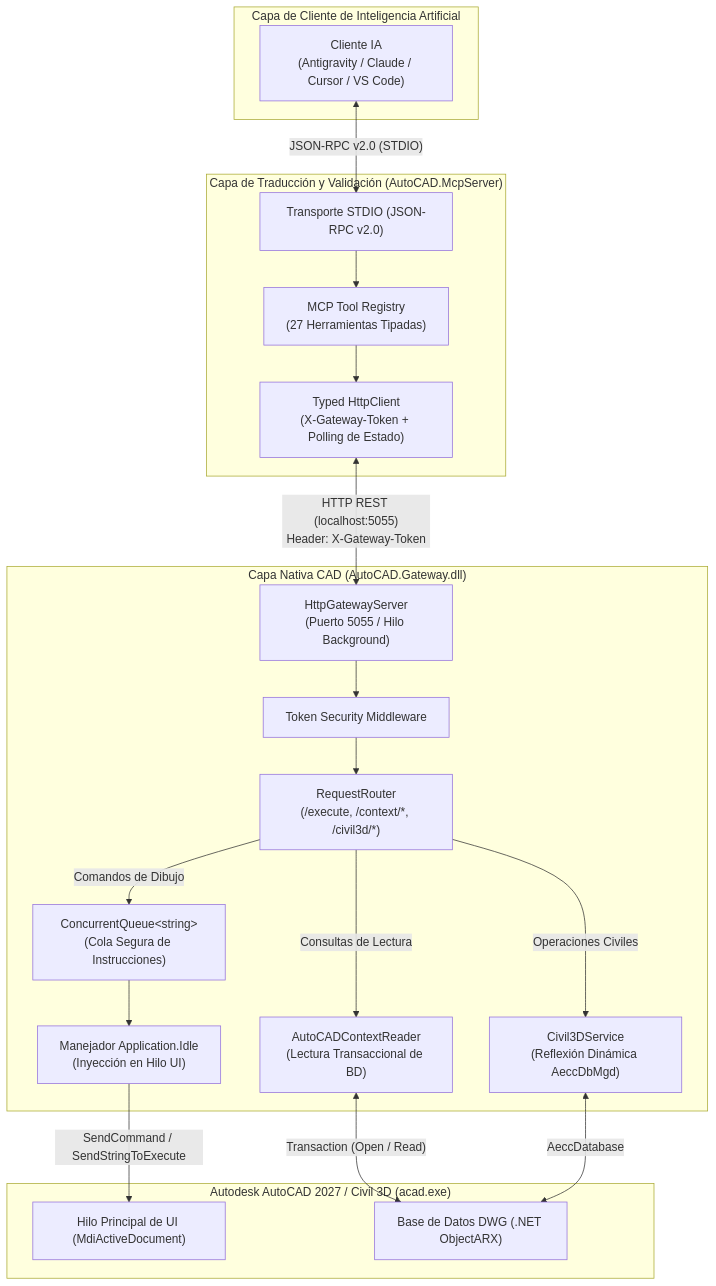
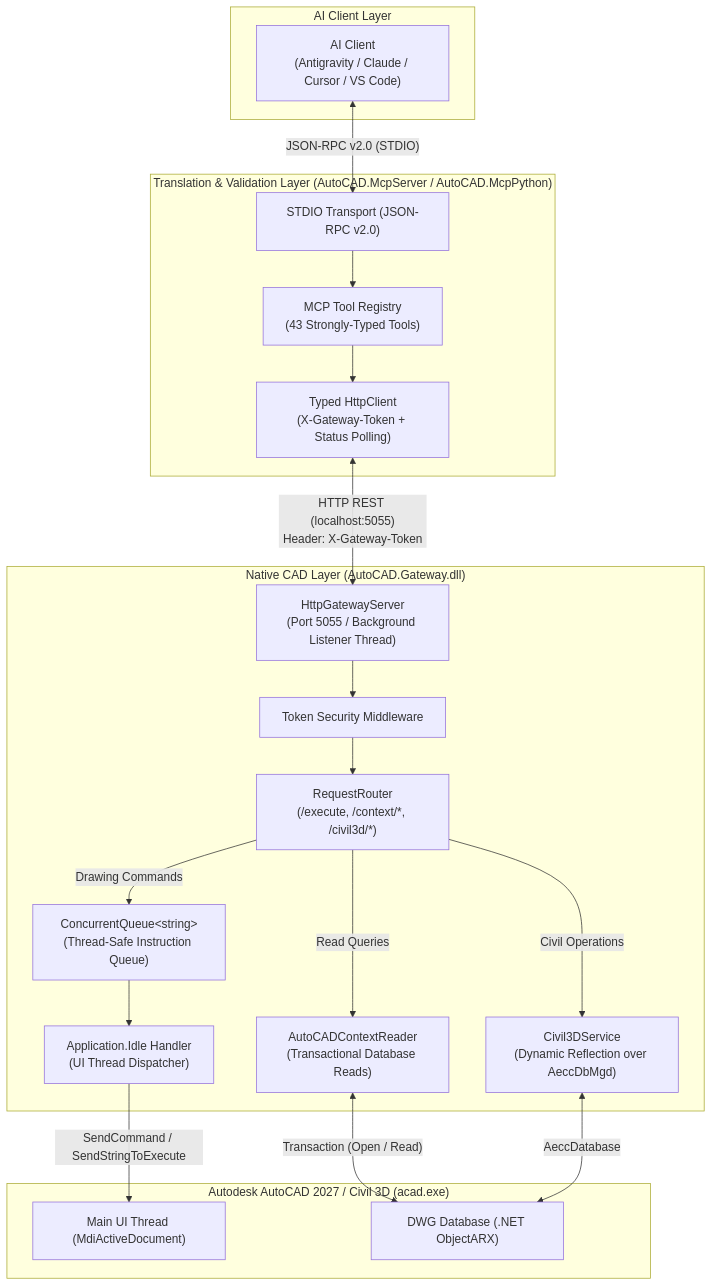
Before and after one commit to LuiccianDev/autocad-mcp: the first of 2 diagrams in docs/ARCHITECTURE.md, drawn with Mermaid. The commit also changed other lines of this file and 20 other files, not shown here.

````diff
--- a/docs/ARCHITECTURE.md
+++ b/docs/ARCHITECTURE.md
@@ -11,41 +11,41 @@
 ```mermaid
 flowchart TD
-    subgraph ClientLayer["Capa de Cliente de Inteligencia Artificial"]
-        AIC["Cliente IA\n(Antigravity / Claude / Cursor / VS Code)"]
+    subgraph ClientLayer["AI Client Layer"]
+        AIC["AI Client\n(Antigravity / Claude / Cursor / VS Code)"]
     end
 
-    subgraph MCPLayer["Capa de Traducción y Validación (AutoCAD.McpServer)"]
-        STDIO["Transporte STDIO (JSON-RPC v2.0)"]
-        ToolsReg["MCP Tool Registry\n(27 Herramientas Tipadas)"]
-        HTTPClient["Typed HttpClient\n(X-Gateway-Token + Polling de Estado)"]
+    subgraph MCPLayer["Translation & Validation Layer (AutoCAD.McpServer / AutoCAD.McpPython)"]
+        STDIO["STDIO Transport (JSON-RPC v2.0)"]
+        ToolsReg["MCP Tool Registry\n(43 Strongly-Typed Tools)"]
+        HTTPClient["Typed HttpClient\n(X-Gateway-Token + Status Polling)"]
     end
 
-    subgraph GatewayLayer["Capa Nativa CAD (AutoCAD.Gateway.dll)"]
-        HTTPServer["HttpGatewayServer\n(Puerto 5055 / Hilo Background)"]
+    subgraph GatewayLayer["Native CAD Layer (AutoCAD.Gateway.dll)"]
+        HTTPServer["HttpGatewayServer\n(Port 5055 / Background Listener Thread)"]
         AuthMiddleware["Token Security Middleware"]
         Router["RequestRouter\n(/execute, /context/*, /civil3d/*)"]
-        Queue["ConcurrentQueue&lt;string&gt;\n(Cola Segura de Instrucciones)"]
-        IdleHandler["Manejador Application.Idle\n(Inyección en Hilo UI)"]
-        ContextReader["AutoCADContextReader\n(Lectura Transaccional de BD)"]
-        CivilService["Civil3DService\n(Reflexión Dinámica AeccDbMgd)"]
+        Queue["ConcurrentQueue&lt;string&gt;\n(Thread-Safe Instruction Queue)"]
+        IdleHandler["Application.Idle Handler\n(UI Thread Dispatcher)"]
+        ContextReader["AutoCADContextReader\n(Transactional Database Reads)"]
+        CivilService["Civil3DService\n(Dynamic Reflection over AeccDbMgd)"]
     end
 
     subgraph AutoCADApp["Autodesk AutoCAD 2027 / Civil 3D (acad.exe)"]
-        UIThread["Hilo Principal de UI (MdiActiveDocument)"]
-        CADDatabase["Base de Datos DWG (.NET ObjectARX)"]
+        UIThread["Main UI Thread (MdiActiveDocument)"]
+        CADDatabase["DWG Database (.NET ObjectARX)"]
     end
 
     AIC <-->|"JSON-RPC v2.0 (STDIO)"| STDIO
     STDIO --> ToolsReg
     ToolsReg --> HTTPClient
     HTTPClient <-->|"HTTP REST (localhost:5055)\nHeader: X-Gateway-Token"| HTTPServer
     HTTPServer --> AuthMiddleware
     AuthMiddleware --> Router
-    Router -->|"Comandos de Dibujo"| Queue
+    Router -->|"Drawing Commands"| Queue
     Queue --> IdleHandler
     IdleHandler -->|"SendCommand / SendStringToExecute"| UIThread
-    Router -->|"Consultas de Lectura"| ContextReader
+    Router -->|"Read Queries"| ContextReader
     ContextReader <-->|"Transaction (Open / Read)"| CADDatabase
-    Router -->|"Operaciones Civiles"| CivilService
+    Router -->|"Civil Operations"| CivilService
     CivilService <-->|"AeccDatabase"| CADDatabase
 ```
````
